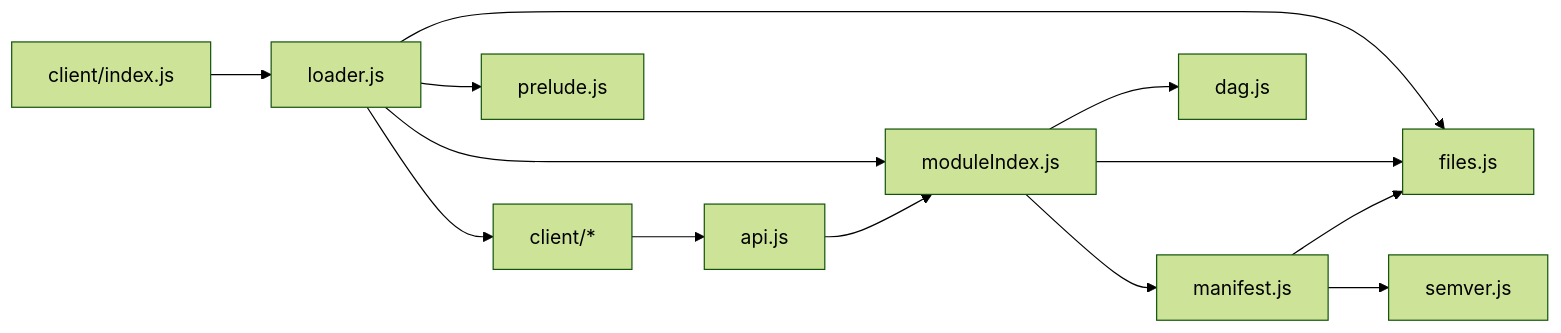
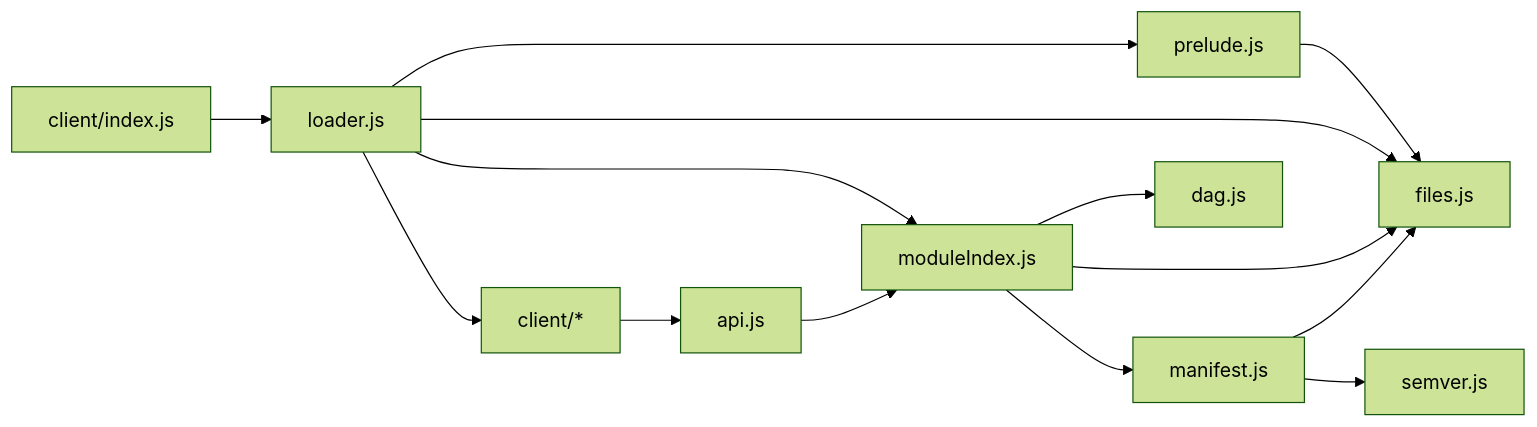
The diagram in README.md (FabricCore/package-bootstrap), drawn with Mermaid (forest theme) before and after one commit. The commit also changed 2 other files, not shown here.

Commit message:
fixed require

````diff
--- a/README.md
+++ b/README.md
@@ -52,19 +52,20 @@
 ```mermaid
 ---
 config:
 ---
 
 flowchart LR
+prelude.js --> files.js
 client/index.js --> loader.js
 loader.js --> client/*
 loader.js --> files.js
 loader.js --> prelude.js
 loader.js --> moduleIndex.js
 client/* --> api.js
 api.js --> moduleIndex.js
 moduleIndex.js --> files.js
 moduleIndex.js --> manifest.js
-moduleIndex.js --> dag.js
 manifest.js --> semver.js
 manifest.js --> files.js
+moduleIndex.js --> dag.js
 ```
````
